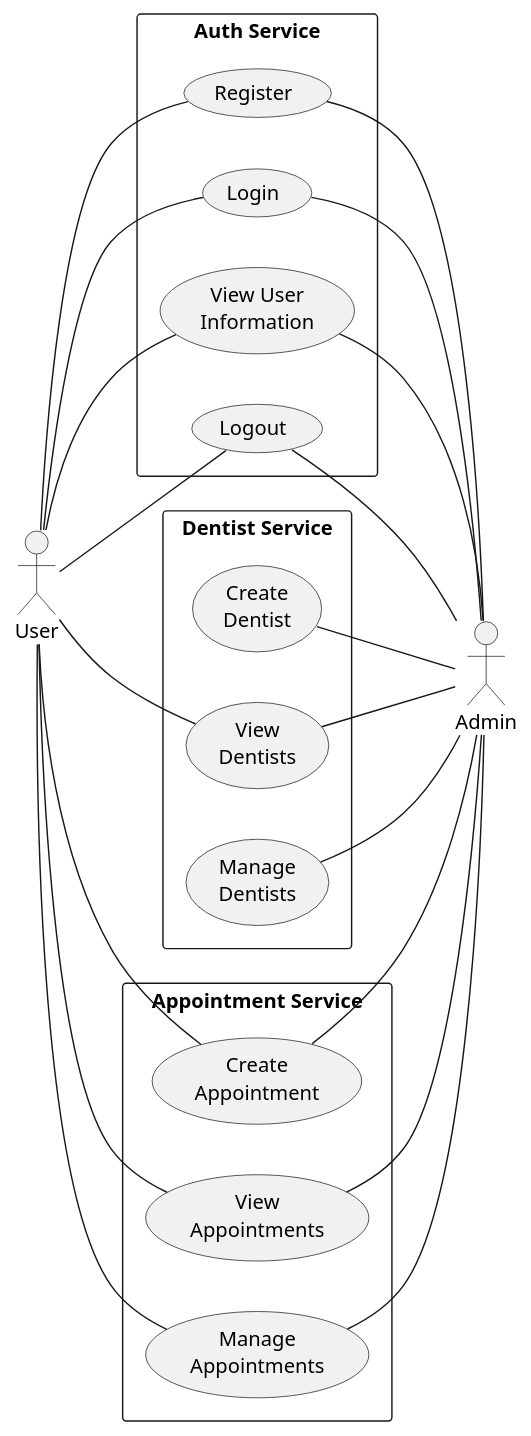
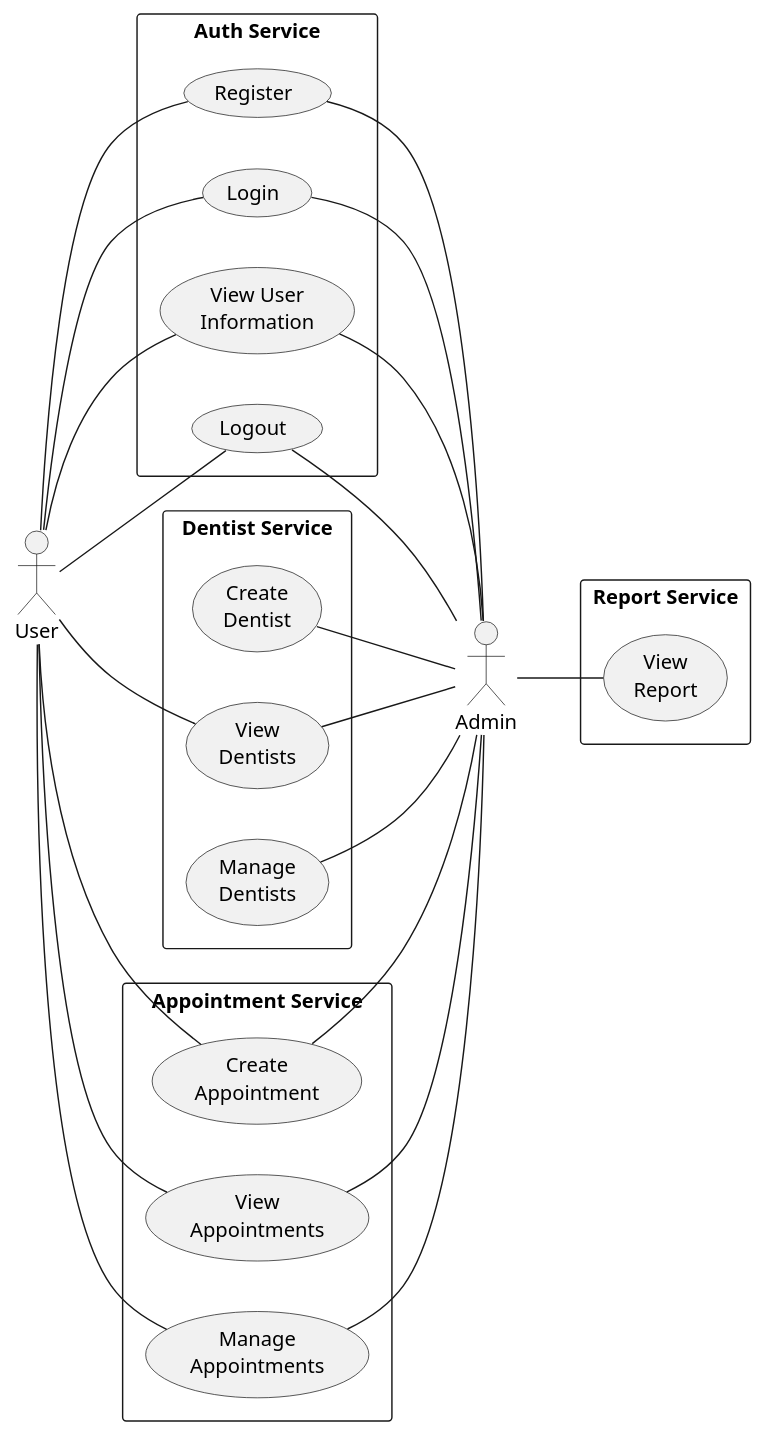
The diagram in plant-uml/usecase-diagram/UseCases.puml (IamMrTeapot/BackendClass), drawn with PlantUML before and after one commit.

Commit message:
feat: add view report to use case diagram

```diff
--- a/plant-uml/usecase-diagram/UseCases.puml
+++ b/plant-uml/usecase-diagram/UseCases.puml
@@ -1,49 +1,55 @@
 @startuml Dentist System Use Case Diagram
 left to right direction
 actor "User" as user
 rectangle "Auth Service" as AuthService {    
     usecase "Register" as register
     usecase "Login" as login
     usecase "View User\nInformation" as viewUser
     usecase "Logout" as logout
 
 }
 
 rectangle "Dentist Service" as DentistService {    
     usecase "Create\nDentist" as createDentist
     usecase "View\nDentists" as viewDentists
     usecase "Manage\nDentists" as manageDentists
 }
 
 rectangle "Appointment Service" as AppointmentService {    
     usecase "Create\nAppointment" as createAppointment
     usecase "View\nAppointments" as viewAppointments
     usecase "Manage\nAppointments" as manageAppointments
+}
+
+rectangle "Report Service" as ReportService {    
+    usecase "View\nReport" as viewReport
 }
 
 user -- register
 user -- login
 user -- viewUser
 user -- logout
 
 user -- viewDentists
 
 user -- createAppointment
 user -- viewAppointments
 user -- manageAppointments
 
 actor "Admin" as admin
 register -- admin
 login -- admin
 viewUser -- admin
 logout -- admin
 
 createDentist -- admin
 viewDentists -- admin
 manageDentists -- admin
 
 createAppointment -- admin
 viewAppointments -- admin
 manageAppointments -- admin
 
+admin -- viewReport
+
 @enduml
```
